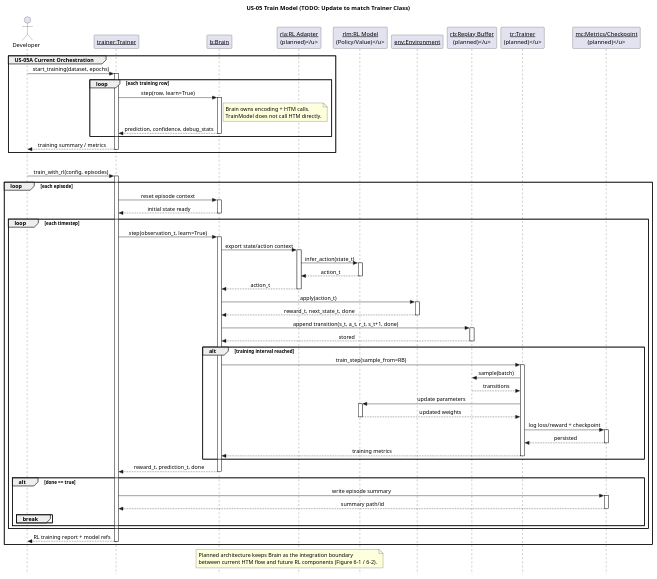
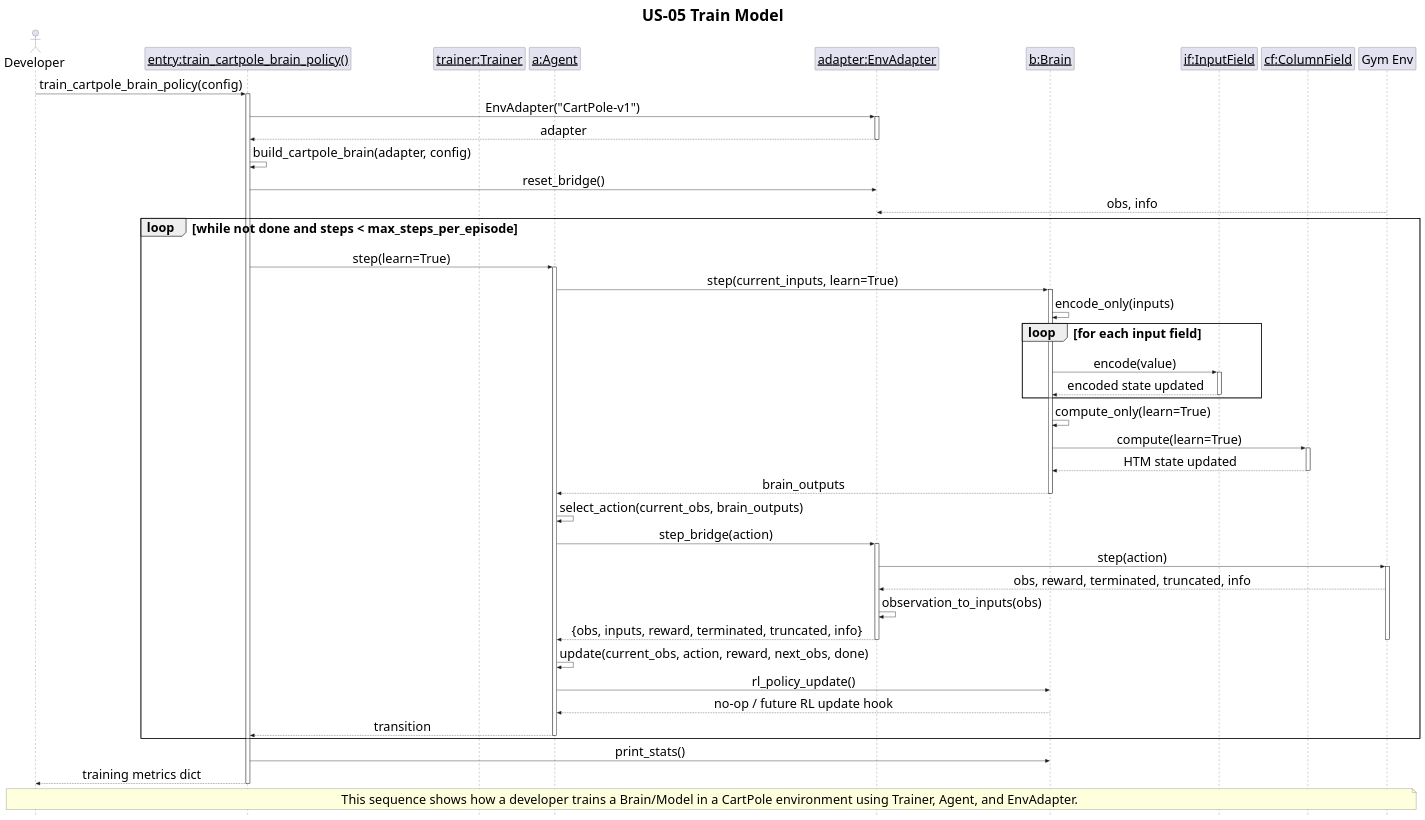
Before and after one commit to egrembocki/htmrl: the diagram in docs/puml/US/us-05.puml, drawn with PlantUML. The commit also changed 1 other file, not shown here.

```diff
--- a/docs/puml/US/us-05.puml
+++ b/docs/puml/US/us-05.puml
@@ -1,108 +1,111 @@
 @startuml
+scale 2000 width
+scale 2000 height
 skinparam style strictuml
+skinparam defaultFontSize 32
+skinparam TitleFontSize 40
+skinparam ObjectFontSize 30
+
 skinparam sequenceMessageAlign center
 skinparam responseMessageBelowArrow true
 
-title US-05 Train Model (TODO: Update to match Trainer Class)
+title US-05 Train Model
 
-actor Developer as D
-participant "<u>trainer:Trainer</u>" as TM
-participant "<u>b:Brain</u>" as B
-participant "<u>rla:RL Adapter\n(planned)</u>" as RLA
-participant "<u>rlm:RL Model\n(Policy/Value)</u>" as RLM
-participant "<u>env:Environment</u>" as ENV
-participant "<u>rb:Replay Buffer\n(planned)</u>" as RB
-participant "<u>tr:Trainer\n(planned)</u>" as TR
-participant "<u>mc:Metrics/Checkpoint\n(planned)</u>" as MC
+actor Developer as Dev
+participant "<u>entry:train_cartpole_brain_policy()</u>" as Entry
+participant "<u>trainer:Trainer</u>" as TR
+participant "<u>a:Agent</u>" as AG
+participant "<u>adapter:EnvAdapter</u>" as EA
+participant "<u>b:Brain</u>" as BR
+participant "<u>if:InputField</u>" as IF
+participant "<u>cf:ColumnField</u>" as CF
+participant "Gym Env" as ENV
 
-group US-05A Current Orchestration
-  D -> TM: start_training(dataset, epochs)
-  activate TM
+actor Developer as Dev
+participant "<u>entry:train_cartpole_brain_policy()</u>" as Entry
+participant "<u>trainer:Trainer</u>" as TR
+participant "<u>a:Agent</u>" as AG
+participant "<u>adapter:EnvAdapter</u>" as EA
+participant "<u>b:Brain</u>" as BR
+participant "<u>if:InputField</u>" as IF
+participant "<u>cf:ColumnField</u>" as CF
+participant "Gym Env" as ENV
 
-  loop each training row
-    TM -> B: step(row, learn=True)
-    activate B
-    note right of B
-      Brain owns encoding + HTM calls.
-      TrainModel does not call HTM directly.
-    end note
 
-    B --> TM: prediction, confidence, debug_stats
-    deactivate B
+Dev -> Entry: train_cartpole_brain_policy(config)
+activate Entry
+Entry -> EA: EnvAdapter("CartPole-v1")
+activate EA
+EA --> Entry: adapter
+deactivate EA
+
+Entry -> Entry: build_cartpole_brain(adapter, config)
+Entry -> EA: reset_bridge()
+
+actor Developer as Dev
+  ENV --> EA: obs, info
+
+  deactivate ENV
+actor Developer as Dev
+participant "<u>entry:train_cartpole_brain_policy()</u>" as Entry
+participant "<u>trainer:Trainer</u>" as TR
+participant "<u>a:Agent</u>" as AG
+participant "<u>adapter:EnvAdapter</u>" as EA
+participant "<u>b:Brain</u>" as BR
+participant "<u>if:InputField</u>" as IF
+participant "<u>cf:ColumnField</u>" as CF
+participant "Gym Env" as ENV
+  deactivate EA
+
+  loop while not done and steps < max_steps_per_episode
+    Entry -> AG: step(learn=True)
+    activate AG
+    AG -> BR: step(current_inputs, learn=True)
+    activate BR
+    BR -> BR: encode_only(inputs)
+    loop for each input field
+      BR -> IF: encode(value)
+      activate IF
+      IF --> BR: encoded state updated
+      deactivate IF
+    end
+    BR -> BR: compute_only(learn=True)
+    BR -> CF: compute(learn=True)
+    activate CF
+    CF --> BR: HTM state updated
+    deactivate CF
+    BR --> AG: brain_outputs
+    deactivate BR
+
+    AG -> AG: select_action(current_obs, brain_outputs)
+    AG -> EA: step_bridge(action)
+    activate EA
+    EA -> ENV: step(action)
+    activate ENV
+    ENV --> EA: obs, reward, terminated, truncated, info
+    EA -> EA: observation_to_inputs(obs)
+    EA --> AG: {obs, inputs, reward, terminated, truncated, info}
+    deactivate ENV
+    deactivate EA
+
+    AG -> AG: update(current_obs, action, reward, next_obs, done)
+    AG -> BR: rl_policy_update()
+    BR --> AG: no-op / future RL update hook
+    AG --> Entry: transition
+    deactivate AG
   end
 
-  TM --> D: training summary / metrics
-  deactivate TM
-end
+  Entry -> BR: print_stats()
 
-group US-05B Planned RL Training Loop (Brain as RL Interface)
-  D -> TM: train_with_rl(config, episodes)
-  activate TM
 
-  loop each episode
-    TM -> B: reset episode context
-    activate B
-    B --> TM: initial state ready
-    deactivate B
+Entry --> Dev: training metrics dict
+deactivate AG
+deactivate Entry
 
-    loop each timestep
-      TM -> B: step(observation_t, learn=True)
-      activate B
-      B -> RLA: export state/action context
-      activate RLA
-      RLA -> RLM: infer_action(state_t)
-      activate RLM
-      RLM --> RLA: action_t
-      deactivate RLM
-      RLA --> B: action_t
-      deactivate RLA
 
-      B -> ENV: apply(action_t)
-      activate ENV
-      ENV --> B: reward_t, next_state_t, done
-      deactivate ENV
 
-      B -> RB: append transition(s_t, a_t, r_t, s_t+1, done)
-      activate RB
-      RB --> B: stored
-      deactivate RB
+note over Dev, ENV
+This sequence shows how a developer trains a Brain/Model in a CartPole environment using Trainer, Agent, and EnvAdapter.
+end note
 
-      alt training interval reached
-        B -> TR: train_step(sample_from=RB)
-        activate TR
-        TR -> RB: sample(batch)
-        RB --> TR: transitions
-        TR -> RLM: update parameters
-        activate RLM
-        RLM --> TR: updated weights
-        deactivate RLM
-        TR -> MC: log loss/reward + checkpoint
-        activate MC
-        MC --> TR: persisted
-        deactivate MC
-        TR --> B: training metrics
-        deactivate TR
-      end
-
-      B --> TM: reward_t, prediction_t, done
-      deactivate B
-
-      alt done == true
-        TM -> MC: write episode summary
-        activate MC
-        MC --> TM: summary path/id
-        deactivate MC
-        break
-      end
-    end
-  end
-
-  TM --> D: RL training report + model refs
-  deactivate TM
-end
-
-note over B,RLM
-Planned architecture keeps Brain as the integration boundary
-between current HTM flow and future RL components (Figure 6-1 / 6-2).
-end note
 @enduml
```
